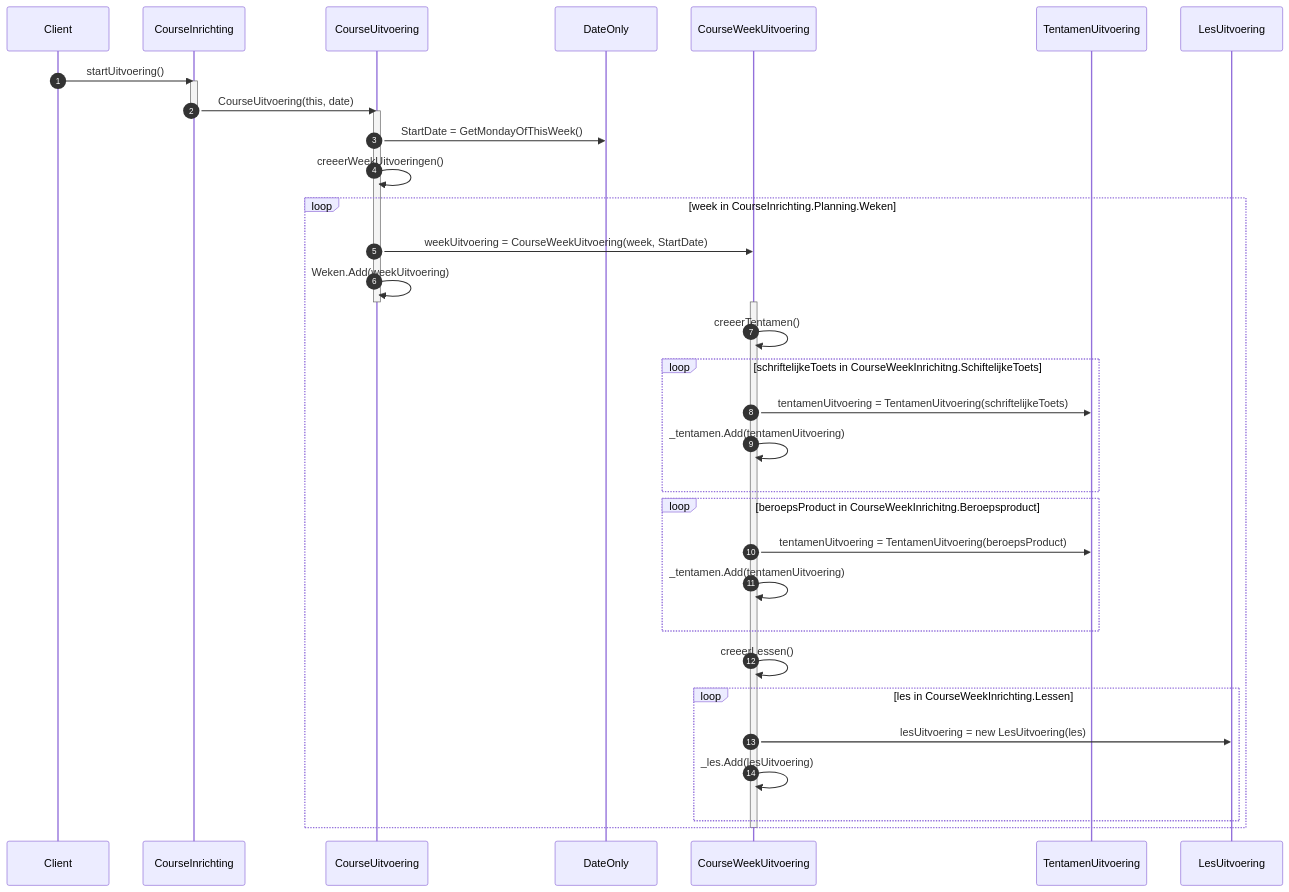
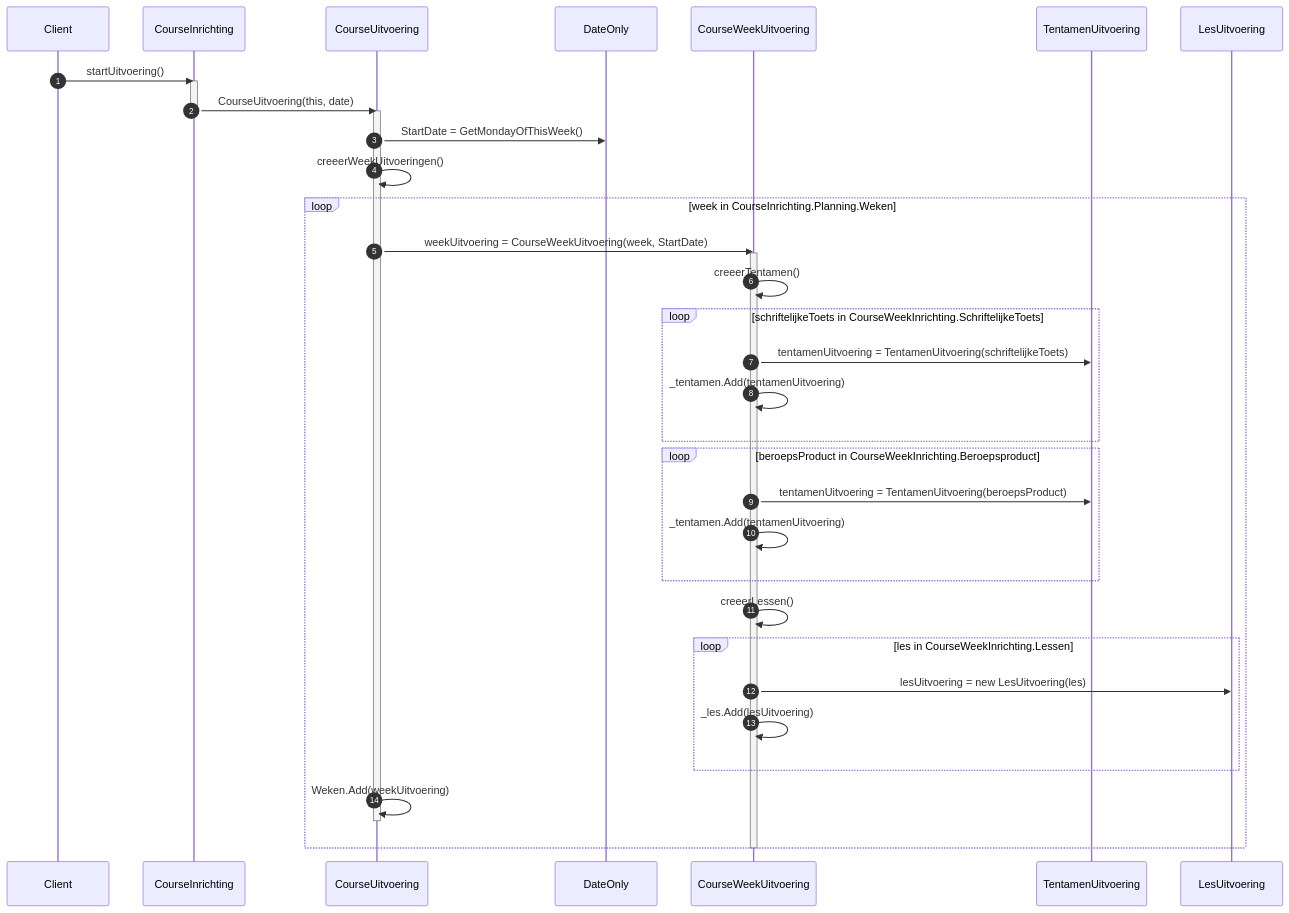
One commit to thommythompson/han-oose changed the fourth of 8 diagrams in docs/to/index.md. Above: the diagram before and after it, drawn with Mermaid. The commit also changed other lines of this file and 3 other files, not shown here.

````diff
--- a/docs/to/index.md
+++ b/docs/to/index.md
@@ -565,38 +566,39 @@
 ```mermaid
 sequenceDiagram
     autonumber
     Client->>CourseInrichting: startUitvoering()
     activate CourseInrichting
     CourseInrichting->>CourseUitvoering: CourseUitvoering(this, date)
     deactivate CourseInrichting
     activate CourseUitvoering
     CourseUitvoering->>DateOnly: StartDate = GetMondayOfThisWeek()
     CourseUitvoering->>CourseUitvoering: creeerWeekUitvoeringen()
     
     loop week in CourseInrichting.Planning.Weken
         CourseUitvoering->>CourseWeekUitvoering: weekUitvoering = CourseWeekUitvoering(week, StartDate)
-        CourseUitvoering->>CourseUitvoering: Weken.Add(weekUitvoering)
-        deactivate CourseUitvoering
 
         activate CourseWeekUitvoering
 
         CourseWeekUitvoering->>CourseWeekUitvoering: creeerTentamen()
-        loop schriftelijkeToets in CourseWeekInrichitng.SchiftelijkeToets
+        loop schriftelijkeToets in CourseWeekInrichting.SchriftelijkeToets
             CourseWeekUitvoering ->> TentamenUitvoering: tentamenUitvoering = TentamenUitvoering(schriftelijkeToets)
             CourseWeekUitvoering->>CourseWeekUitvoering: _tentamen.Add(tentamenUitvoering)
         end
-        loop beroepsProduct in CourseWeekInrichitng.Beroepsproduct
+        loop beroepsProduct in CourseWeekInrichting.Beroepsproduct
             CourseWeekUitvoering ->> TentamenUitvoering: tentamenUitvoering = TentamenUitvoering(beroepsProduct)
             CourseWeekUitvoering->>CourseWeekUitvoering: _tentamen.Add(tentamenUitvoering)
         end
 
         CourseWeekUitvoering->>CourseWeekUitvoering: creeerLessen()
         loop les in CourseWeekInrichting.Lessen
             CourseWeekUitvoering->>LesUitvoering: lesUitvoering = new LesUitvoering(les);
             CourseWeekUitvoering->>CourseWeekUitvoering: _les.Add(lesUitvoering)
         end
 
+        CourseUitvoering->>CourseUitvoering: Weken.Add(weekUitvoering)
+        deactivate CourseUitvoering
+
     end
     deactivate CourseWeekUitvoering
     
 ```
````
